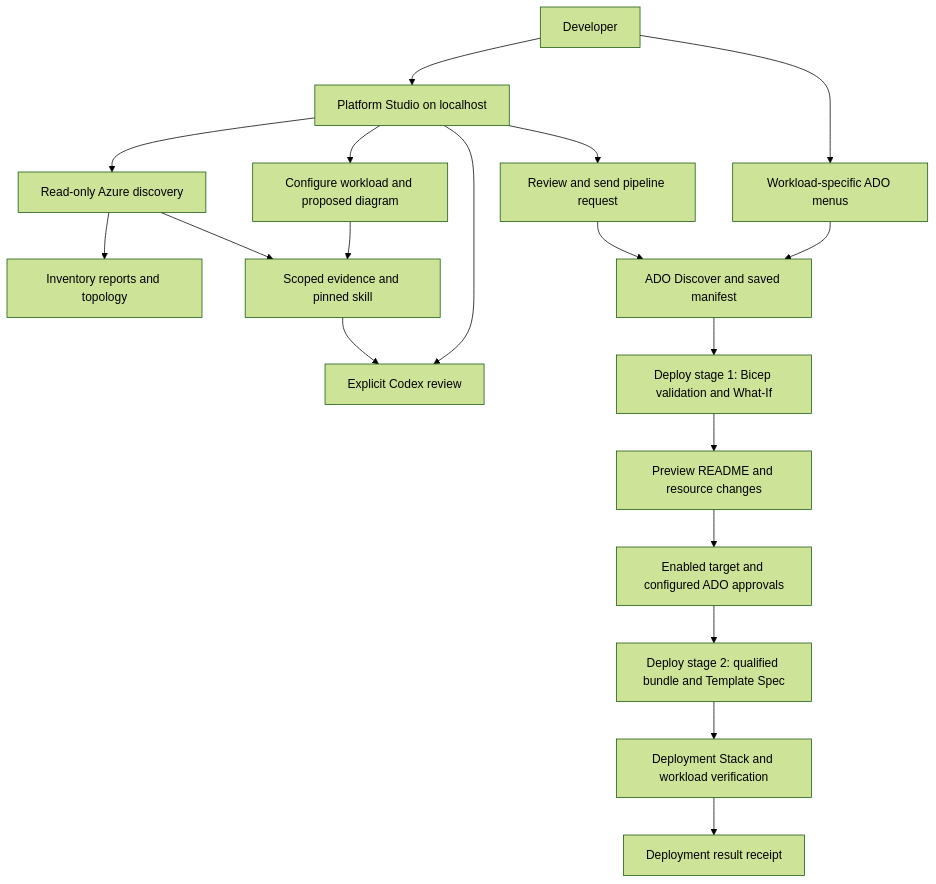
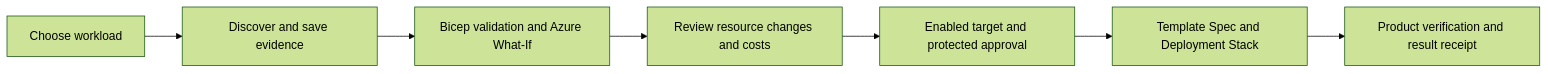
Before and after one commit to Enetact/Bicep: the diagram in README.md, drawn with Mermaid (forest theme). The commit also changed other lines of this file and 22 other files, not shown here.

````diff
--- a/README.md
+++ b/README.md
@@ -34,21 +51,9 @@
 ```mermaid
-flowchart TD
-    Developer[Developer] --> Studio[Platform Studio on localhost]
-    Developer --> Menus[Workload-specific ADO menus]
-    Studio --> Inventory[Read-only Azure discovery]
-    Inventory --> Visuals[Inventory reports and topology]
-    Studio --> Proposal[Configure workload and proposed diagram]
-    Studio --> Agents[Explicit Codex review]
-    Inventory --> Evidence[Scoped evidence and pinned skill]
-    Proposal --> Evidence
-    Evidence --> Agents
-    Studio --> Request[Review and send pipeline request]
-    Request --> Discover[ADO Discover and saved manifest]
-    Menus --> Discover
-    Discover --> Preview[Deploy stage 1: Bicep validation and What-If]
-    Preview --> Report[Preview README and resource changes]
-    Report --> Gate[Enabled target and configured ADO approvals]
-    Gate --> Deploy[Deploy stage 2: qualified bundle and Template Spec]
-    Deploy --> Stack[Deployment Stack and workload verification]
-    Stack --> Receipt[Deployment result receipt]
+flowchart LR
+    Select[Choose workload] --> Discover[Discover and save evidence]
+    Discover --> Preview[Bicep validation and Azure What-If]
+    Preview --> Review[Review resource changes and costs]
+    Review --> Gate[Enabled target and protected approval]
+    Gate --> Deploy[Template Spec and Deployment Stack]
+    Deploy --> Verify[Product verification and result receipt]
 ```
````
